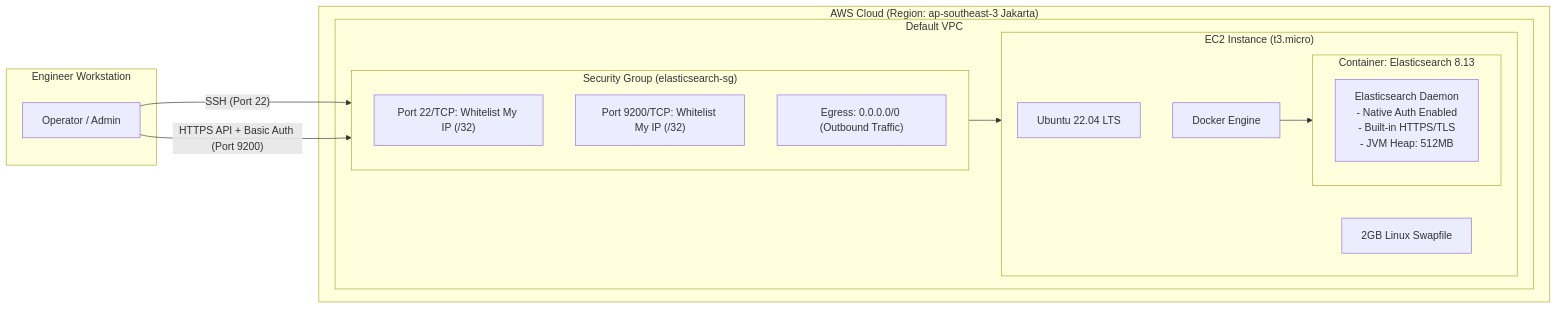
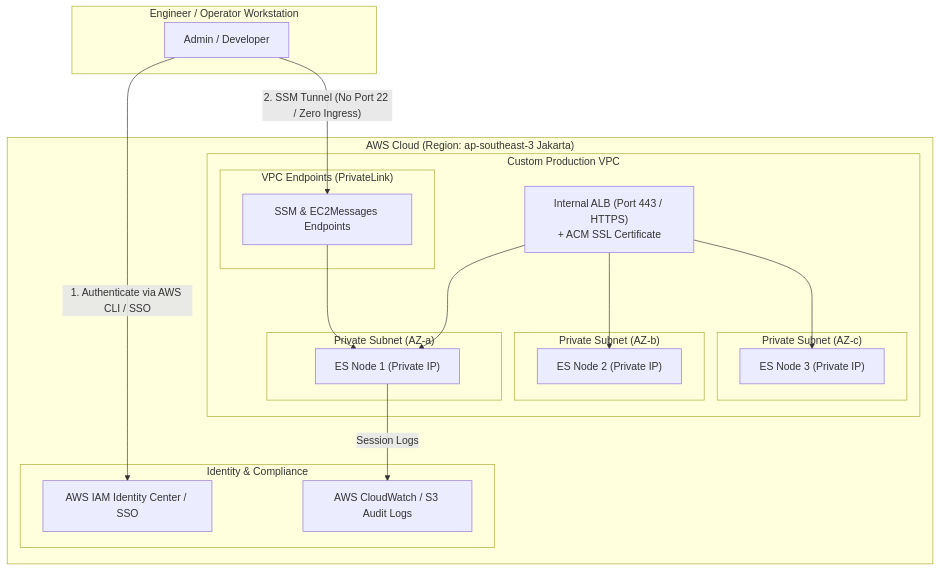
Before and after one commit to diopratama/aws-iac-lab: the diagram in README.md, drawn with Mermaid. The commit also changed other lines of this file and 2 other files, not shown here.

Commit message:
update security items

````diff
--- a/README.md
+++ b/README.md
@@ -11,33 +11,39 @@
 ```mermaid
-graph LR
-    subgraph Client["Engineer Workstation"]
-        Dev["Operator / Admin"]
+graph TB
+    subgraph Client["Engineer / Operator Workstation"]
+        Dev["Admin / Developer"]
     end
 
     subgraph AWS["AWS Cloud (Region: ap-southeast-3 Jakarta)"]
-        subgraph VPC["Default VPC"]
-            subgraph SG["Security Group (elasticsearch-sg)"]
-                direction TB
-                Rule1["Port 22/TCP: Whitelist My IP (/32)"]
-                Rule2["Port 9200/TCP: Whitelist My IP (/32)"]
-                Rule3["Egress: 0.0.0.0/0 (Outbound Traffic)"]
+        subgraph IAM["Identity & Compliance"]
+            SSO["AWS IAM Identity Center / SSO"]
+            Audit["AWS CloudWatch / S3 Audit Logs"]
+        end
+
+        subgraph VPC["Custom Production VPC"]
+            subgraph PrivateSubnet1["Private Subnet (AZ-a)"]
+                EC2_1["ES Node 1 (Private IP)"]
+            end
+            subgraph PrivateSubnet2["Private Subnet (AZ-b)"]
+                EC2_2["ES Node 2 (Private IP)"]
+            end
+            subgraph PrivateSubnet3["Private Subnet (AZ-c)"]
+                EC2_3["ES Node 3 (Private IP)"]
+            end
+            
+            subgraph Endpoints["VPC Endpoints (PrivateLink)"]
+                SSM_EP["SSM & EC2Messages Endpoints"]
             end
 
-            subgraph EC2["EC2 Instance (t3.micro)"]
-                OS["Ubuntu 22.04 LTS"]
-                Swap["2GB Linux Swapfile"]
-                Docker["Docker Engine"]
-
-                subgraph Container["Container: Elasticsearch 8.13"]
-                    ES["Elasticsearch Daemon<br/>- Native Auth Enabled<br/>- Built-in HTTPS/TLS<br/>- JVM Heap: 512MB"]
-                end
-            end
+            InternalALB["Internal ALB (Port 443 / HTTPS)<br/>+ ACM SSL Certificate"]
         end
     end
 
-    Dev -- "SSH (Port 22)" --> SG
-    Dev -- "HTTPS API + Basic Auth (Port 9200)" --> SG
-    SG --> EC2
-    EC2 --> Docker
-    Docker --> Container
+    Dev -- "1. Authenticate via AWS CLI / SSO" --> SSO
+    Dev -- "2. SSM Tunnel (No Port 22 / Zero Ingress)" --> SSM_EP
+    SSM_EP --> EC2_1
+    EC2_1 -- "Session Logs" --> Audit
+    InternalALB --> EC2_1
+    InternalALB --> EC2_2
+    InternalALB --> EC2_3
 ```
````
